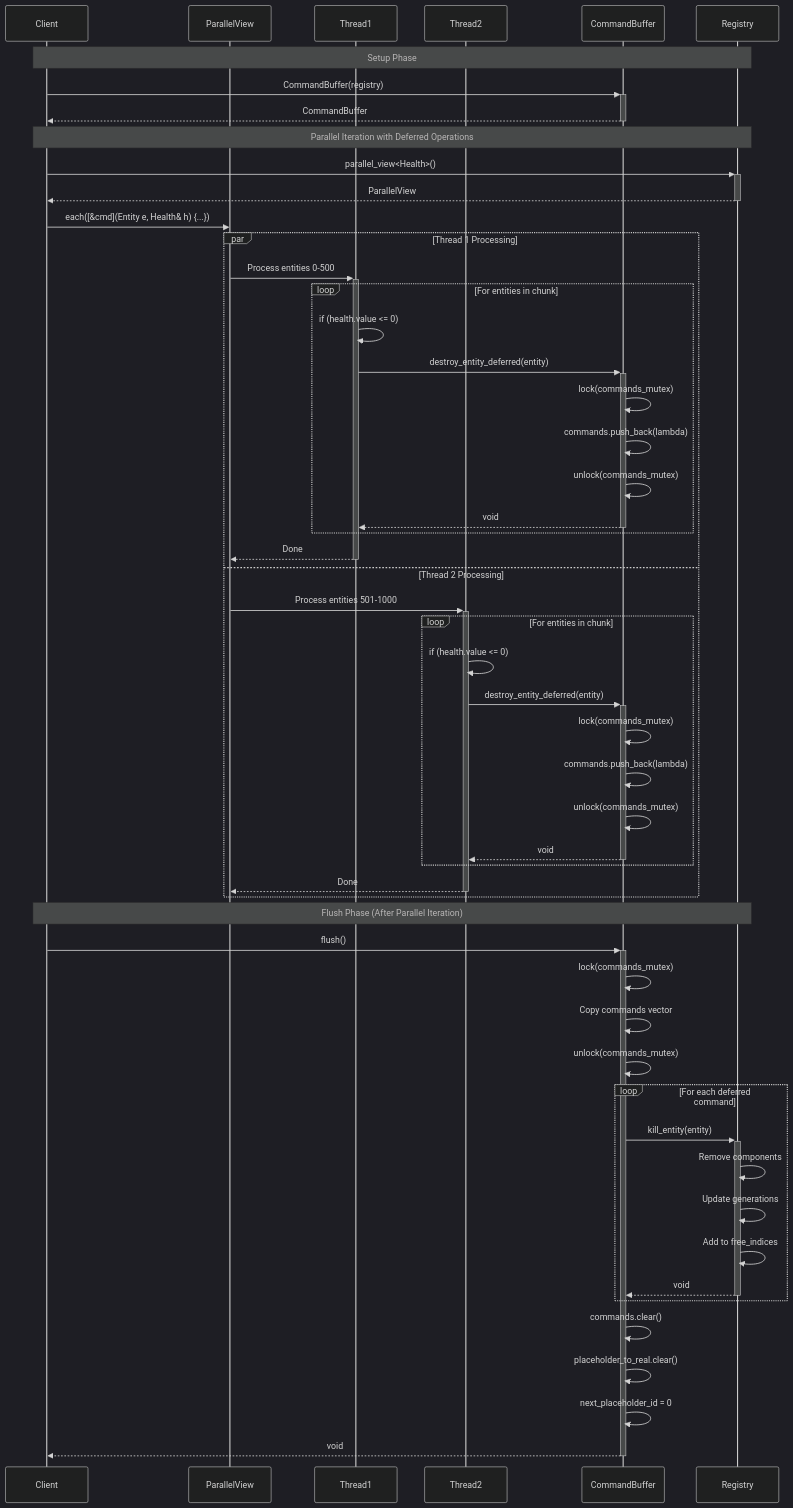
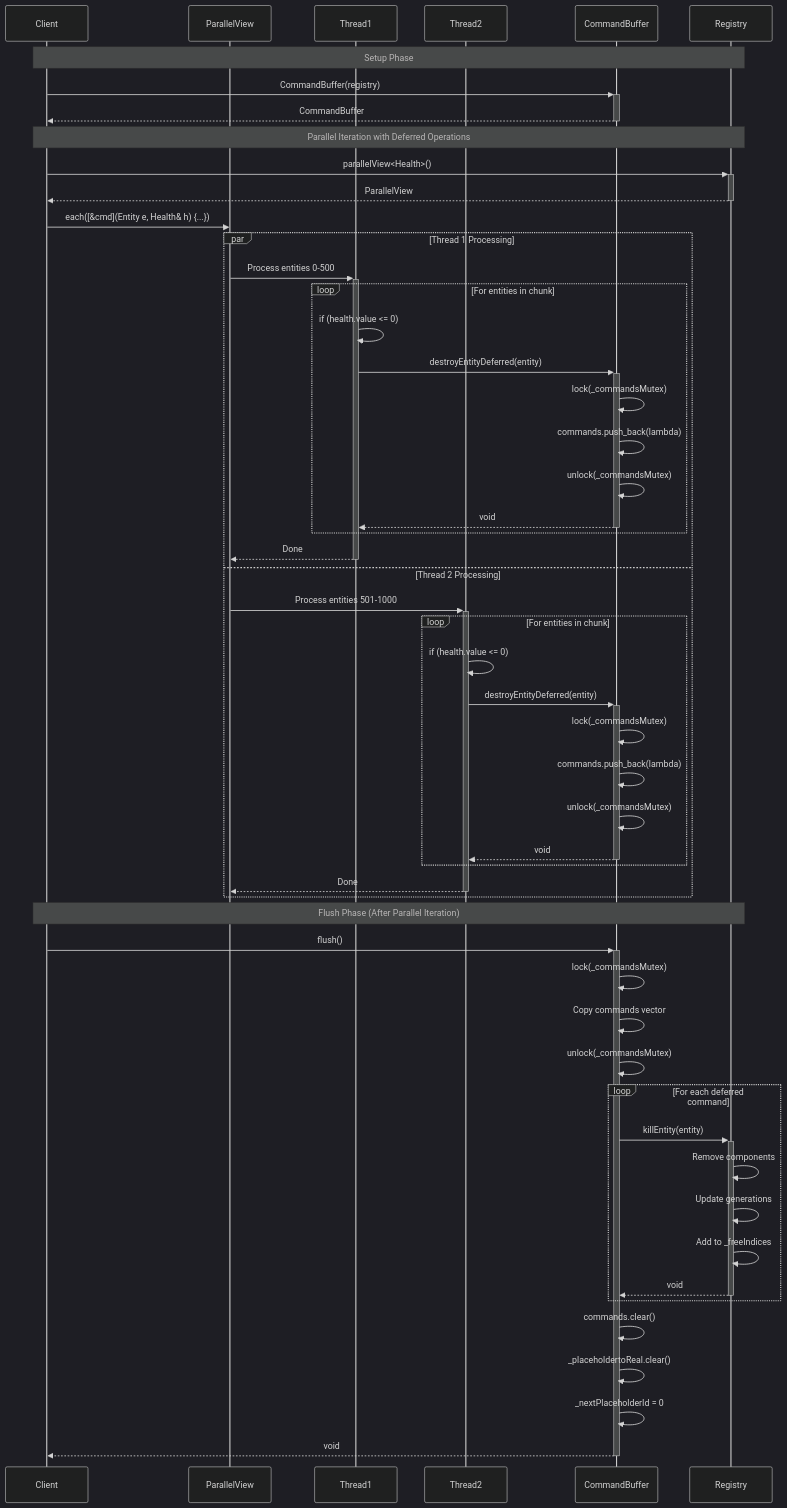
One commit to My-Epitech-Organisation/Rtype changed the eighth of 12 diagrams in doc/ecs/19_architecture_diagrams.md. Above: the diagram before and after it, drawn with Mermaid (dark theme). The commit also changed other lines of this file and 48 other files, not shown here.

````diff
--- a/doc/ecs/19_architecture_diagrams.md
+++ b/doc/ecs/19_architecture_diagrams.md
@@ -831,67 +831,67 @@
 ```mermaid
 sequenceDiagram
     participant Client
     participant ParallelView
     participant Thread1
     participant Thread2
     participant CommandBuffer
     participant Registry
     
     Note over Client,Registry: Setup Phase
     
     Client->>+CommandBuffer: CommandBuffer(registry)
     CommandBuffer-->>-Client: CommandBuffer
     
     Note over Client,Registry: Parallel Iteration with Deferred Operations
     
-    Client->>+Registry: parallel_view<Health>()
+    Client->>+Registry: parallelView<Health>()
     Registry-->>-Client: ParallelView
     
     Client->>ParallelView: each([&cmd](Entity e, Health& h) {...})
     
     par Thread 1 Processing
         ParallelView->>+Thread1: Process entities 0-500
         loop For entities in chunk
             Thread1->>Thread1: if (health.value <= 0)
-            Thread1->>+CommandBuffer: destroy_entity_deferred(entity)
-            CommandBuffer->>CommandBuffer: lock(commands_mutex)
+            Thread1->>+CommandBuffer: destroyEntityDeferred(entity)
+            CommandBuffer->>CommandBuffer: lock(_commandsMutex)
             CommandBuffer->>CommandBuffer: commands.push_back(lambda)
-            CommandBuffer->>CommandBuffer: unlock(commands_mutex)
+            CommandBuffer->>CommandBuffer: unlock(_commandsMutex)
             CommandBuffer-->>-Thread1: void
         end
         Thread1-->>-ParallelView: Done
     and Thread 2 Processing
         ParallelView->>+Thread2: Process entities 501-1000
         loop For entities in chunk
             Thread2->>Thread2: if (health.value <= 0)
-            Thread2->>+CommandBuffer: destroy_entity_deferred(entity)
-            CommandBuffer->>CommandBuffer: lock(commands_mutex)
+            Thread2->>+CommandBuffer: destroyEntityDeferred(entity)
+            CommandBuffer->>CommandBuffer: lock(_commandsMutex)
             CommandBuffer->>CommandBuffer: commands.push_back(lambda)
-            CommandBuffer->>CommandBuffer: unlock(commands_mutex)
+            CommandBuffer->>CommandBuffer: unlock(_commandsMutex)
             CommandBuffer-->>-Thread2: void
         end
         Thread2-->>-ParallelView: Done
     end
     
     Note over Client,Registry: Flush Phase (After Parallel Iteration)
     
     Client->>+CommandBuffer: flush()
     
-    CommandBuffer->>CommandBuffer: lock(commands_mutex)
+    CommandBuffer->>CommandBuffer: lock(_commandsMutex)
     CommandBuffer->>CommandBuffer: Copy commands vector
-    CommandBuffer->>CommandBuffer: unlock(commands_mutex)
+    CommandBuffer->>CommandBuffer: unlock(_commandsMutex)
     
     loop For each deferred command
-        CommandBuffer->>+Registry: kill_entity(entity)
+        CommandBuffer->>+Registry: killEntity(entity)
         Registry->>Registry: Remove components
         Registry->>Registry: Update generations
-        Registry->>Registry: Add to free_indices
+        Registry->>Registry: Add to _freeIndices
         Registry-->>-CommandBuffer: void
     end
     
     CommandBuffer->>CommandBuffer: commands.clear()
-    CommandBuffer->>CommandBuffer: placeholder_to_real.clear()
-    CommandBuffer->>CommandBuffer: next_placeholder_id = 0
+    CommandBuffer->>CommandBuffer: _placeholdertoReal.clear()
+    CommandBuffer->>CommandBuffer: _nextPlaceholderId = 0
     
     CommandBuffer-->>-Client: void
 ```
````
